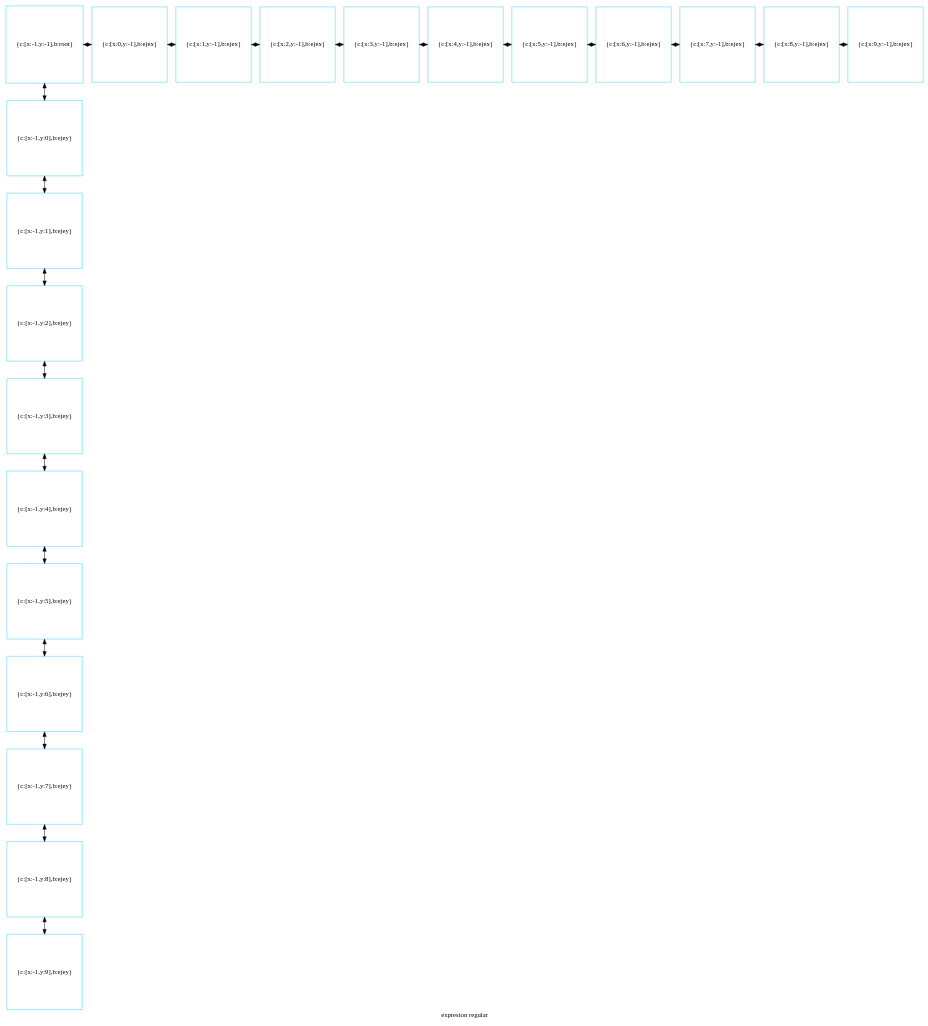
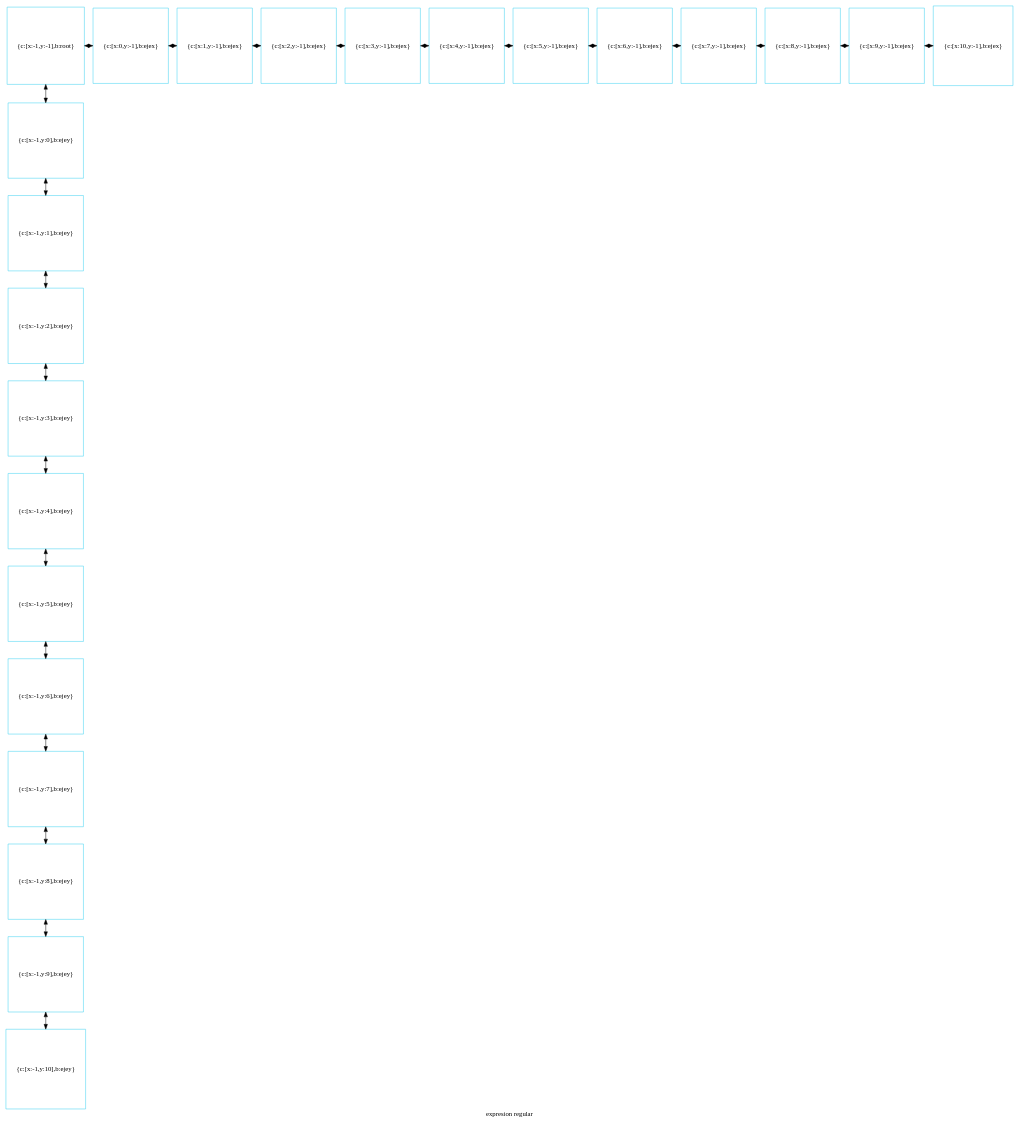
The diagram in disp_compu.dot (betebetoven/EDDS2F2), drawn with Graphviz before and after one commit. The commit also changed 10 other files, not shown here.

```diff
--- a/disp_compu.dot
+++ b/disp_compu.dot
@@ -1,61 +1,66 @@
 digraph G
 {label="expresion regular"
         node[shape = square]
         node[style = filled]
         node[fillcolor = "#EEEEE"]
         node[color = "#EEEEE"]
         node[color = "#31CEF0"]
 
-1066880450912[label="{c:[x:-1,y:-1],b:root}",fillcolor = "white"]
-1066977307232[label="{c:[x:0,y:-1],b:ejex}",fillcolor = "white"]
-1066977285456[label="{c:[x:1,y:-1],b:ejex}",fillcolor = "white"]
-1066977285504[label="{c:[x:2,y:-1],b:ejex}",fillcolor = "white"]
-1066977284256[label="{c:[x:3,y:-1],b:ejex}",fillcolor = "white"]
-1066977287520[label="{c:[x:4,y:-1],b:ejex}",fillcolor = "white"]
-1066880401616[label="{c:[x:5,y:-1],b:ejex}",fillcolor = "white"]
-1066880401664[label="{c:[x:6,y:-1],b:ejex}",fillcolor = "white"]
-1066880440544[label="{c:[x:7,y:-1],b:ejex}",fillcolor = "white"]
-1066880441984[label="{c:[x:8,y:-1],b:ejex}",fillcolor = "white"]
-1066880439536[label="{c:[x:9,y:-1],b:ejex}",fillcolor = "white"]
-1066880442320[label="{c:[x:-1,y:0],b:ejey}",fillcolor = "white"]
-1066880442080[label="{c:[x:-1,y:1],b:ejey}",fillcolor = "white"]
-1066880441792[label="{c:[x:-1,y:2],b:ejey}",fillcolor = "white"]
-1066880441600[label="{c:[x:-1,y:3],b:ejey}",fillcolor = "white"]
-1066880440832[label="{c:[x:-1,y:4],b:ejey}",fillcolor = "white"]
-1066880440256[label="{c:[x:-1,y:5],b:ejey}",fillcolor = "white"]
-1066880441024[label="{c:[x:-1,y:6],b:ejey}",fillcolor = "white"]
-1066880440928[label="{c:[x:-1,y:7],b:ejey}",fillcolor = "white"]
-1066880440592[label="{c:[x:-1,y:8],b:ejey}",fillcolor = "white"]
-1066880440496[label="{c:[x:-1,y:9],b:ejey}",fillcolor = "white"]
-1066880450912->1066880442320[dir = both];
-1066880442320->1066880442080[dir = both];
-1066880442080->1066880441792[dir = both];
-1066880441792->1066880441600[dir = both];
-1066880441600->1066880440832[dir = both];
-1066880440832->1066880440256[dir = both];
-1066880440256->1066880441024[dir = both];
-1066880441024->1066880440928[dir = both];
-1066880440928->1066880440592[dir = both];
-1066880440592->1066880440496[dir = both];
-1066880450912->1066977307232[dir = both];
-1066977307232->1066977285456[dir = both];
-1066977285456->1066977285504[dir = both];
-1066977285504->1066977284256[dir = both];
-1066977284256->1066977287520[dir = both];
-1066977287520->1066880401616[dir = both];
-1066880401616->1066880401664[dir = both];
-1066880401664->1066880440544[dir = both];
-1066880440544->1066880441984[dir = both];
-1066880441984->1066880439536[dir = both];
- {rank=same; 1066880450912;1066977307232;1066977285456;1066977285504;1066977284256;1066977287520;1066880401616;1066880401664;1066880440544;1066880441984;1066880439536;}
- {rank=same; 1066880442320;}
- {rank=same; 1066880442080;}
- {rank=same; 1066880441792;}
- {rank=same; 1066880441600;}
- {rank=same; 1066880440832;}
- {rank=same; 1066880440256;}
- {rank=same; 1066880441024;}
- {rank=same; 1066880440928;}
- {rank=same; 1066880440592;}
- {rank=same; 1066880440496;}
+781211118608[label="{c:[x:-1,y:-1],b:root}",fillcolor = "white"]
+781211118752[label="{c:[x:0,y:-1],b:ejex}",fillcolor = "white"]
+781211118896[label="{c:[x:1,y:-1],b:ejex}",fillcolor = "white"]
+781211119040[label="{c:[x:2,y:-1],b:ejex}",fillcolor = "white"]
+781211119184[label="{c:[x:3,y:-1],b:ejex}",fillcolor = "white"]
+781211119328[label="{c:[x:4,y:-1],b:ejex}",fillcolor = "white"]
+781211119472[label="{c:[x:5,y:-1],b:ejex}",fillcolor = "white"]
+781211131968[label="{c:[x:6,y:-1],b:ejex}",fillcolor = "white"]
+781211132112[label="{c:[x:7,y:-1],b:ejex}",fillcolor = "white"]
+781211132256[label="{c:[x:8,y:-1],b:ejex}",fillcolor = "white"]
+781211132400[label="{c:[x:9,y:-1],b:ejex}",fillcolor = "white"]
+781211132544[label="{c:[x:10,y:-1],b:ejex}",fillcolor = "white"]
+781211132688[label="{c:[x:-1,y:0],b:ejey}",fillcolor = "white"]
+781211132832[label="{c:[x:-1,y:1],b:ejey}",fillcolor = "white"]
+781211132976[label="{c:[x:-1,y:2],b:ejey}",fillcolor = "white"]
+781211133120[label="{c:[x:-1,y:3],b:ejey}",fillcolor = "white"]
+781211133264[label="{c:[x:-1,y:4],b:ejey}",fillcolor = "white"]
+781211133408[label="{c:[x:-1,y:5],b:ejey}",fillcolor = "white"]
+781211133552[label="{c:[x:-1,y:6],b:ejey}",fillcolor = "white"]
+781211133696[label="{c:[x:-1,y:7],b:ejey}",fillcolor = "white"]
+781211133840[label="{c:[x:-1,y:8],b:ejey}",fillcolor = "white"]
+781211133984[label="{c:[x:-1,y:9],b:ejey}",fillcolor = "white"]
+781211134128[label="{c:[x:-1,y:10],b:ejey}",fillcolor = "white"]
+781211118608->781211132688[dir = both];
+781211132688->781211132832[dir = both];
+781211132832->781211132976[dir = both];
+781211132976->781211133120[dir = both];
+781211133120->781211133264[dir = both];
+781211133264->781211133408[dir = both];
+781211133408->781211133552[dir = both];
+781211133552->781211133696[dir = both];
+781211133696->781211133840[dir = both];
+781211133840->781211133984[dir = both];
+781211133984->781211134128[dir = both];
+781211118608->781211118752[dir = both];
+781211118752->781211118896[dir = both];
+781211118896->781211119040[dir = both];
+781211119040->781211119184[dir = both];
+781211119184->781211119328[dir = both];
+781211119328->781211119472[dir = both];
+781211119472->781211131968[dir = both];
+781211131968->781211132112[dir = both];
+781211132112->781211132256[dir = both];
+781211132256->781211132400[dir = both];
+781211132400->781211132544[dir = both];
+ {rank=same; 781211118608;781211118752;781211118896;781211119040;781211119184;781211119328;781211119472;781211131968;781211132112;781211132256;781211132400;781211132544;}
+ {rank=same; 781211132688;}
+ {rank=same; 781211132832;}
+ {rank=same; 781211132976;}
+ {rank=same; 781211133120;}
+ {rank=same; 781211133264;}
+ {rank=same; 781211133408;}
+ {rank=same; 781211133552;}
+ {rank=same; 781211133696;}
+ {rank=same; 781211133840;}
+ {rank=same; 781211133984;}
+ {rank=same; 781211134128;}
 }
```
